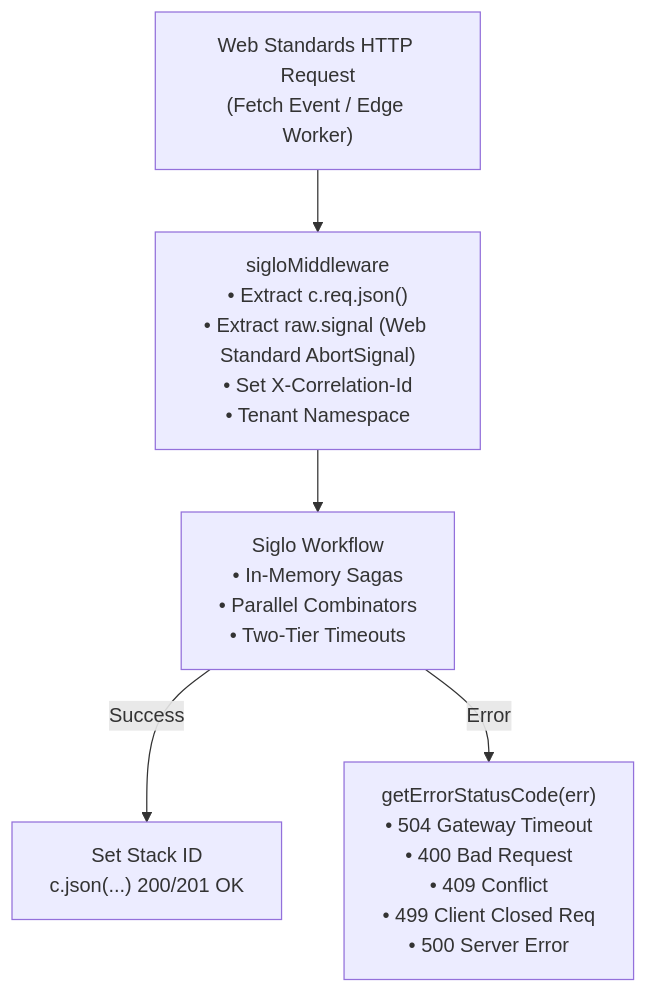
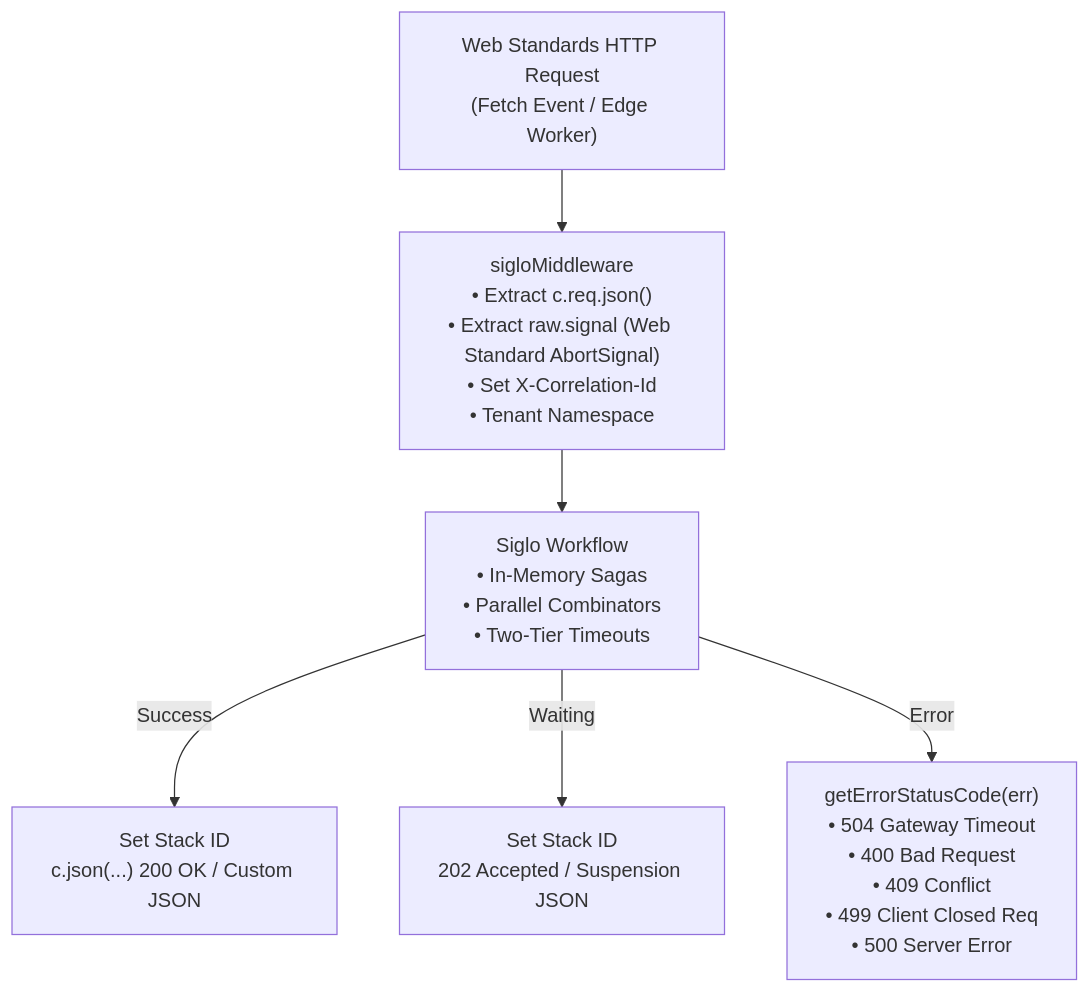
Before and after one commit to jsoftgem/siglo: the diagram in packages/hono/README.md, drawn with Mermaid. The commit also changed other lines of this file and 68 other files, not shown here.

````diff
--- a/packages/hono/README.md
+++ b/packages/hono/README.md
@@ -11,7 +11,8 @@
 ```mermaid
 flowchart TD
     Req["Web Standards HTTP Request<br/>(Fetch Event / Edge Worker)"] --> MW["sigloMiddleware<br/>• Extract c.req.json()<br/>• Extract raw.signal (Web Standard AbortSignal)<br/>• Set X-Correlation-Id<br/>• Tenant Namespace"]
     MW --> WF["Siglo Workflow<br/>• In-Memory Sagas<br/>• Parallel Combinators<br/>• Two-Tier Timeouts"]
-    WF -->|Success| Success["Set Stack ID<br/>c.json(...) 200/201 OK"]
+    WF -->|Success| Success["Set Stack ID<br/>c.json(...) 200 OK / Custom JSON"]
+    WF -->|Waiting| Waiting["Set Stack ID<br/>202 Accepted / Suspension JSON"]
     WF -->|Error| Error["getErrorStatusCode(err)<br/>• 504 Gateway Timeout<br/>• 400 Bad Request<br/>• 409 Conflict<br/>• 499 Client Closed Req<br/>• 500 Server Error"]
 ```
````
